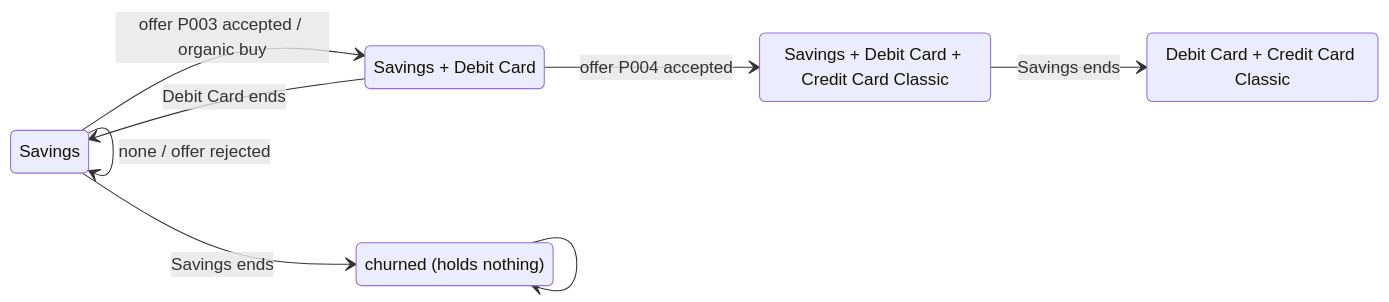
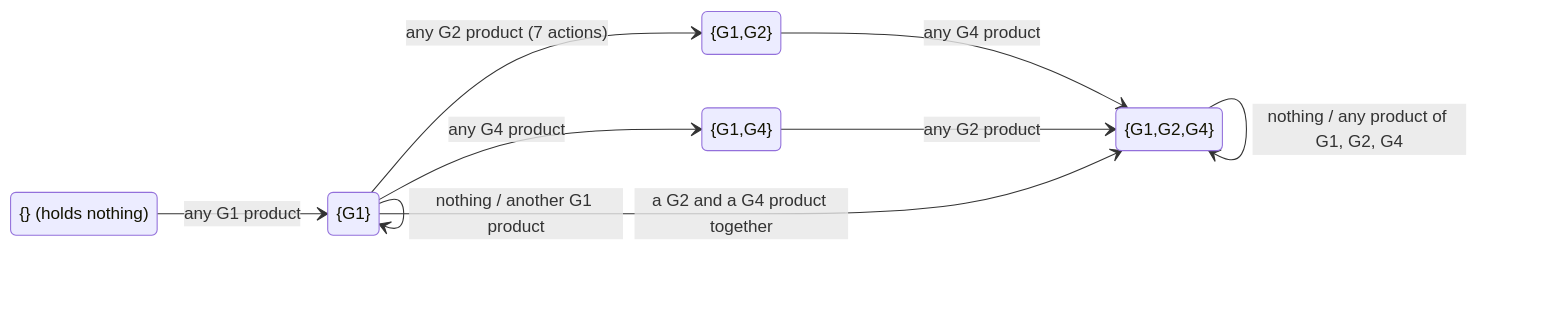
The fourth of 6 diagrams in README.md (pakhapoom/customer-lifetime-value), drawn with Mermaid before and after one commit. The commit also changed other lines of this file and 7 other files, not shown here.

````diff
--- a/README.md
+++ b/README.md
@@ -166,17 +197,18 @@
 ```mermaid
 stateDiagram-v2
     direction LR
-    S1: Savings
-    S2: Savings + Debit Card
-    S3: Savings + Debit Card + Credit Card Classic
-    S4: Debit Card + Credit Card Classic
-    X: churned (holds nothing)
+    E: {} (holds nothing)
+    S1: {G1}
+    S2: {G1,G2}
+    S3: {G1,G4}
+    S4: {G1,G2,G4}
 
-    S1 --> S2: offer P003 accepted / organic buy
-    S2 --> S3: offer P004 accepted
-    S3 --> S4: Savings ends
-    S2 --> S1: Debit Card ends
-    S1 --> X: Savings ends
-    S1 --> S1: none / offer rejected
-    X --> X
+    E --> S1: any G1 product
+    S1 --> S2: any G2 product (7 actions)
+    S1 --> S3: any G4 product
+    S2 --> S4: any G4 product
+    S3 --> S4: any G2 product
+    S1 --> S4: a G2 and a G4 product together
+    S1 --> S1: nothing / another G1 product
+    S4 --> S4: nothing / any product of G1, G2, G4
 ```
````
